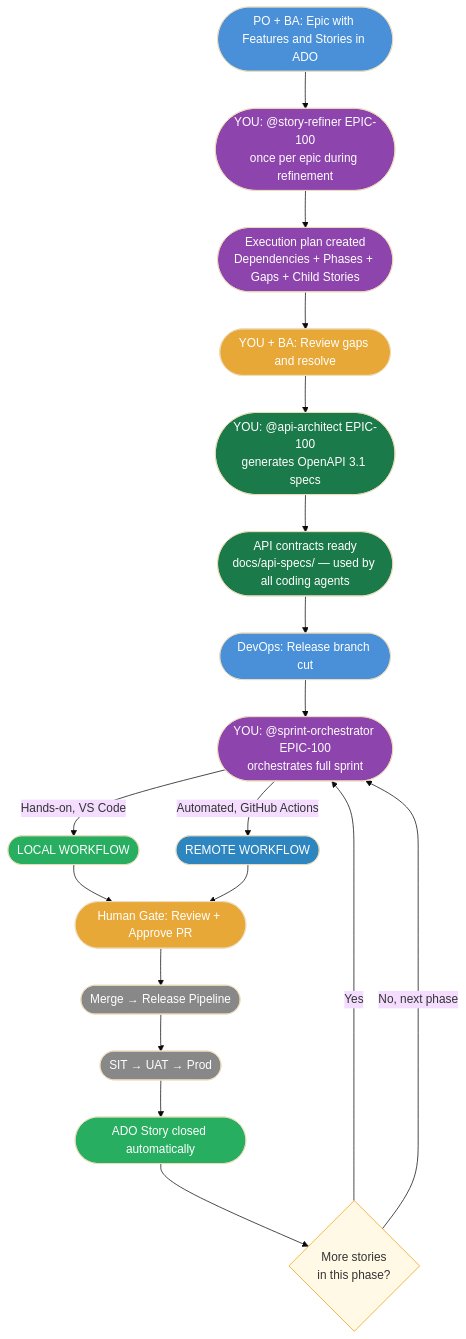
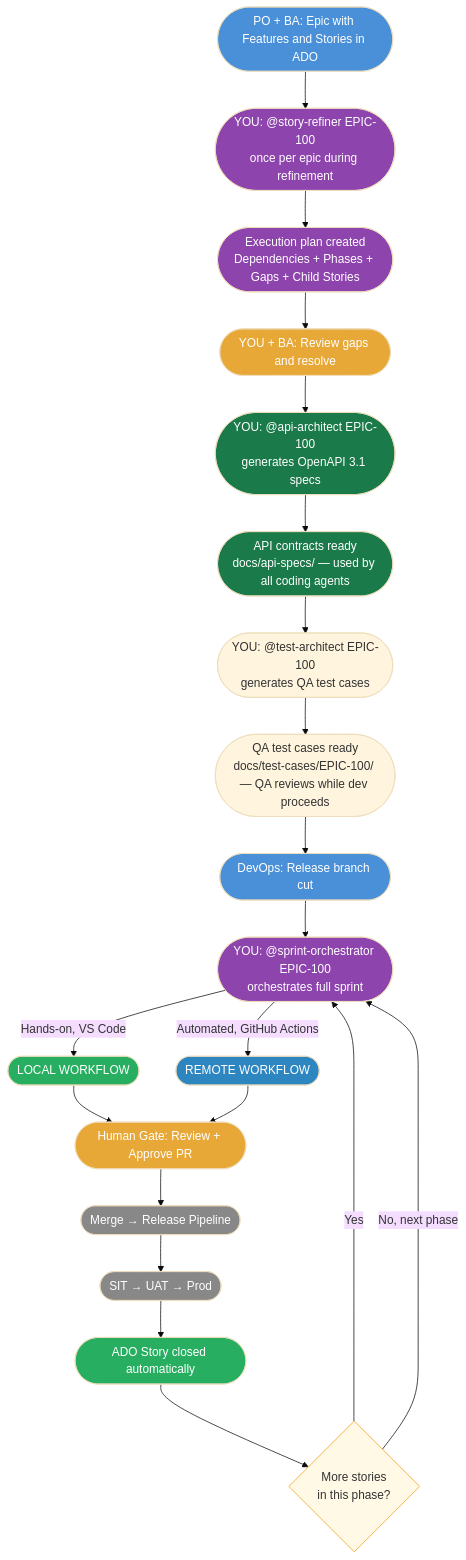
One commit to faizal13/sdlc-copilot-template changed the first of 7 diagrams in docs/agentic-sdlc-flowchart.md. Above: the diagram before and after it, drawn with Mermaid (base theme). The commit also changed other lines of this file and 4 other files, not shown here.

First line of the commit message:
feat(agents): add @test-architect — QA test case generation agent

````diff
--- a/docs/agentic-sdlc-flowchart.md
+++ b/docs/agentic-sdlc-flowchart.md
@@ -34,42 +35,45 @@
 ```mermaid
 flowchart TD
     A([PO + BA: Epic with Features and Stories in ADO]) --> B
 
     B([YOU: @story-refiner EPIC-100<br/>once per epic during refinement])
 
     B --> B1([Execution plan created<br/>Dependencies + Phases + Gaps + Child Stories])
     B1 --> B2([YOU + BA: Review gaps and resolve])
 
     B2 --> B3([YOU: @api-architect EPIC-100<br/>generates OpenAPI 3.1 specs])
     B3 --> B4([API contracts ready<br/>docs/api-specs/ — used by all coding agents])
 
-    B4 --> C([DevOps: Release branch cut])
+    B4 --> B5([YOU: @test-architect EPIC-100<br/>generates QA test cases])
+    B5 --> B6([QA test cases ready<br/>docs/test-cases/EPIC-100/ — QA reviews while dev proceeds])
+
+    B6 --> C([DevOps: Release branch cut])
     C --> D([YOU: @sprint-orchestrator EPIC-100<br/>orchestrates full sprint])
 
     D -->|Hands-on, VS Code| E([LOCAL WORKFLOW])
     D -->|Automated, GitHub Actions| F([REMOTE WORKFLOW])
     E --> G([Human Gate: Review + Approve PR])
     F --> G
     G --> H([Merge → Release Pipeline])
     H --> I([SIT → UAT → Prod])
     I --> J([ADO Story closed automatically])
     J --> K{More stories<br/>in this phase?}
     K -->|Yes| D
     K -->|No, next phase| D
 
     style A fill:#4A90D9,color:#fff
     style B fill:#8E44AD,color:#fff
     style B1 fill:#8E44AD,color:#fff
     style B2 fill:#E8A838,color:#fff
     style B3 fill:#1A7A4A,color:#fff
     style B4 fill:#1A7A4A,color:#fff
     style C fill:#4A90D9,color:#fff
     style D fill:#8E44AD,color:#fff
     style E fill:#27AE60,color:#fff
     style F fill:#2E86C1,color:#fff
     style G fill:#E8A838,color:#fff
     style H fill:#888,color:#fff
     style I fill:#888,color:#fff
     style J fill:#27AE60,color:#fff
     style K fill:#FFF9E6,stroke:#F39C12
 ```
````
